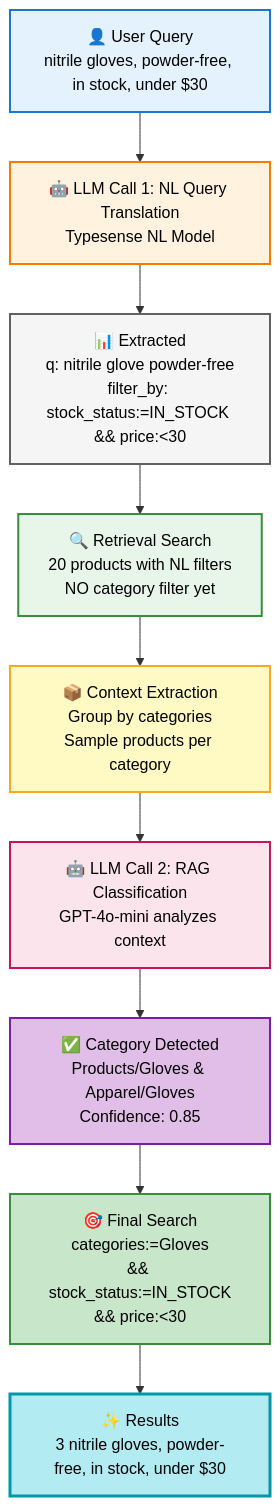
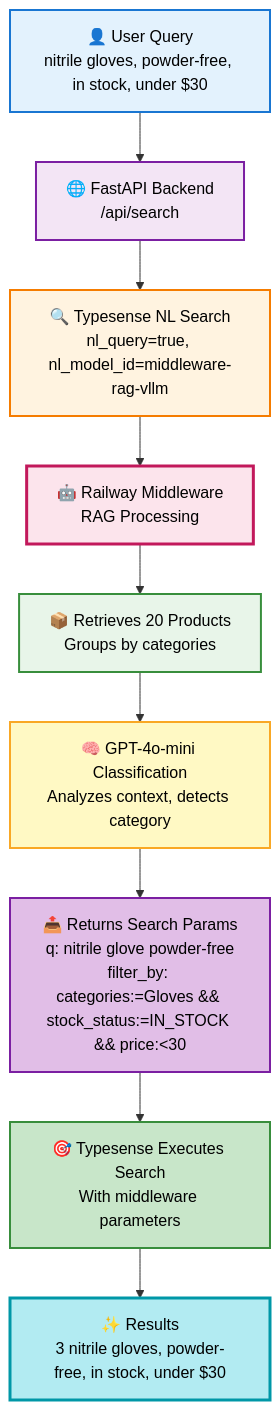
The diagram in CLAUDE.md (Bens-Organization/mercedes-nl-search), drawn with Mermaid before and after one commit. The commit also changed other lines of this file and 1 other file, not shown here.

First line of the commit message:
docs: update README for v2.3.0 with Typesense NL and RAG middleware details

````diff
--- a/CLAUDE.md
+++ b/CLAUDE.md
@@ -44,31 +45,31 @@
 ```mermaid
 flowchart TB
     A["👤 User Query<br/>nitrile gloves, powder-free, in stock, under $30"]
-    B["🤖 LLM Call 1: NL Query Translation<br/>Typesense NL Model"]
-    C["📊 Extracted<br/>q: nitrile glove powder-free<br/>filter_by: stock_status:=IN_STOCK && price:<30"]
-    D["🔍 Retrieval Search<br/>20 products with NL filters<br/>NO category filter yet"]
-    E["📦 Context Extraction<br/>Group by categories<br/>Sample products per category"]
-    F["🤖 LLM Call 2: RAG Classification<br/>GPT-4o-mini analyzes context"]
-    G["✅ Category Detected<br/>Products/Gloves & Apparel/Gloves<br/>Confidence: 0.85"]
-    H["🎯 Final Search<br/>categories:=Gloves<br/>&& stock_status:=IN_STOCK<br/>&& price:<30"]
+    B["🌐 FastAPI Backend<br/>/api/search"]
+    C["🔍 Typesense NL Search<br/>nl_query=true, nl_model_id=middleware-rag-vllm"]
+    D["🤖 Railway Middleware<br/>RAG Processing"]
+    E["📦 Retrieves 20 Products<br/>Groups by categories"]
+    F["🧠 GPT-4o-mini Classification<br/>Analyzes context, detects category"]
+    G["📤 Returns Search Params<br/>q: nitrile glove powder-free<br/>filter_by: categories:=Gloves && stock_status:=IN_STOCK && price:<30"]
+    H["🎯 Typesense Executes Search<br/>With middleware parameters"]
     I["✨ Results<br/>3 nitrile gloves, powder-free, in stock, under $30"]
 
     A --> B
     B --> C
     C --> D
     D --> E
     E --> F
     F --> G
     G --> H
     H --> I
 
     style A fill:#e3f2fd,stroke:#1976d2,stroke-width:2px,color:#000
-    style B fill:#fff3e0,stroke:#f57c00,stroke-width:2px,color:#000
-    style C fill:#f5f5f5,stroke:#616161,stroke-width:2px,color:#000
-    style D fill:#e8f5e9,stroke:#388e3c,stroke-width:2px,color:#000
-    style E fill:#fff9c4,stroke:#f9a825,stroke-width:2px,color:#000
-    style F fill:#fce4ec,stroke:#c2185b,stroke-width:2px,color:#000
+    style B fill:#f3e5f5,stroke:#7b1fa2,stroke-width:2px,color:#000
+    style C fill:#fff3e0,stroke:#f57c00,stroke-width:2px,color:#000
+    style D fill:#fce4ec,stroke:#c2185b,stroke-width:3px,color:#000
+    style E fill:#e8f5e9,stroke:#388e3c,stroke-width:2px,color:#000
+    style F fill:#fff9c4,stroke:#f9a825,stroke-width:2px,color:#000
     style G fill:#e1bee7,stroke:#7b1fa2,stroke-width:2px,color:#000
     style H fill:#c8e6c9,stroke:#388e3c,stroke-width:2px,color:#000
     style I fill:#b2ebf2,stroke:#0097a7,stroke-width:3px,color:#000
 ```
````
